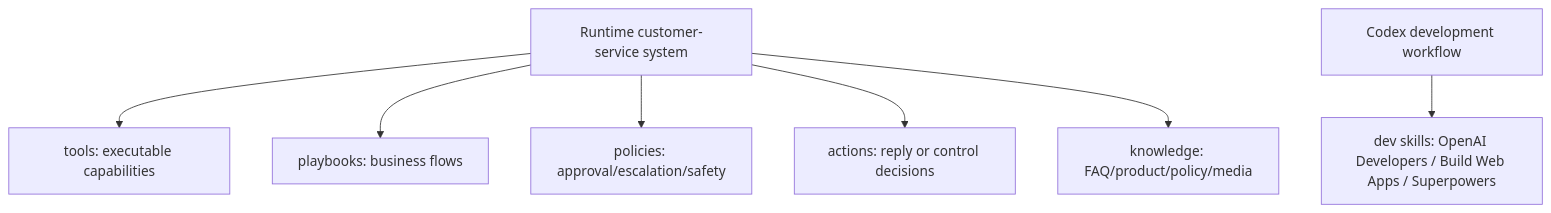
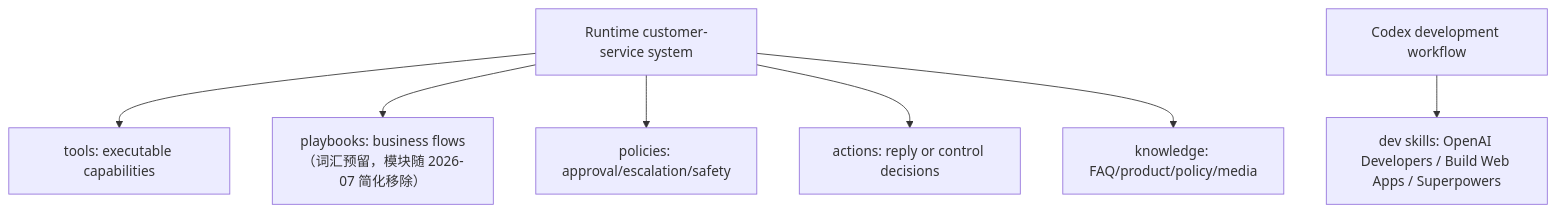
One commit to ImWenyaoT/chatty changed the sixth of 7 diagrams in docs/loop-engineering-plan.md. Above: the diagram before and after it, drawn with Mermaid. The commit also changed other lines of this file and 4 other files, not shown here.

````diff
--- a/docs/loop-engineering-plan.md
+++ b/docs/loop-engineering-plan.md
@@ -307,9 +313,9 @@
 ```mermaid
 flowchart TD
   RUNTIME["Runtime customer-service system"] --> TOOLS["tools: executable capabilities"]
-  RUNTIME --> PLAYBOOKS["playbooks: business flows"]
+  RUNTIME --> PLAYBOOKS["playbooks: business flows（词汇预留，模块随 2026-07 简化移除）"]
   RUNTIME --> POLICIES["policies: approval/escalation/safety"]
   RUNTIME --> ACTIONS["actions: reply or control decisions"]
   RUNTIME --> KNOW["knowledge: FAQ/product/policy/media"]
   DEV["Codex development workflow"] --> DEVSKILLS["dev skills: OpenAI Developers / Build Web Apps / Superpowers"]
 ```
````
